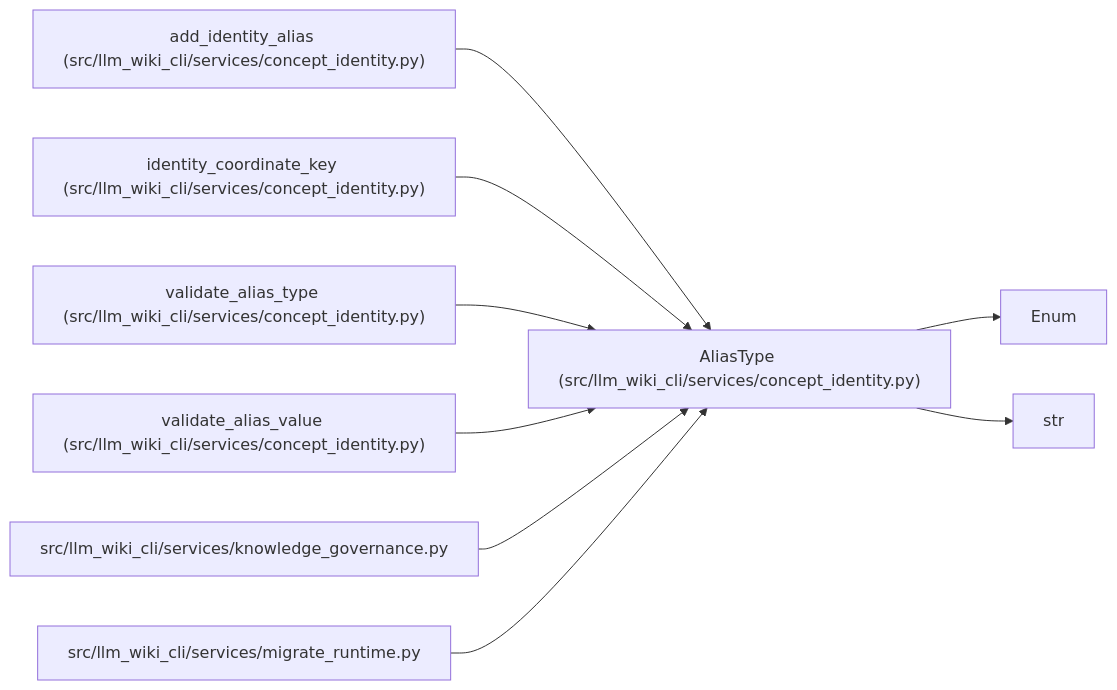
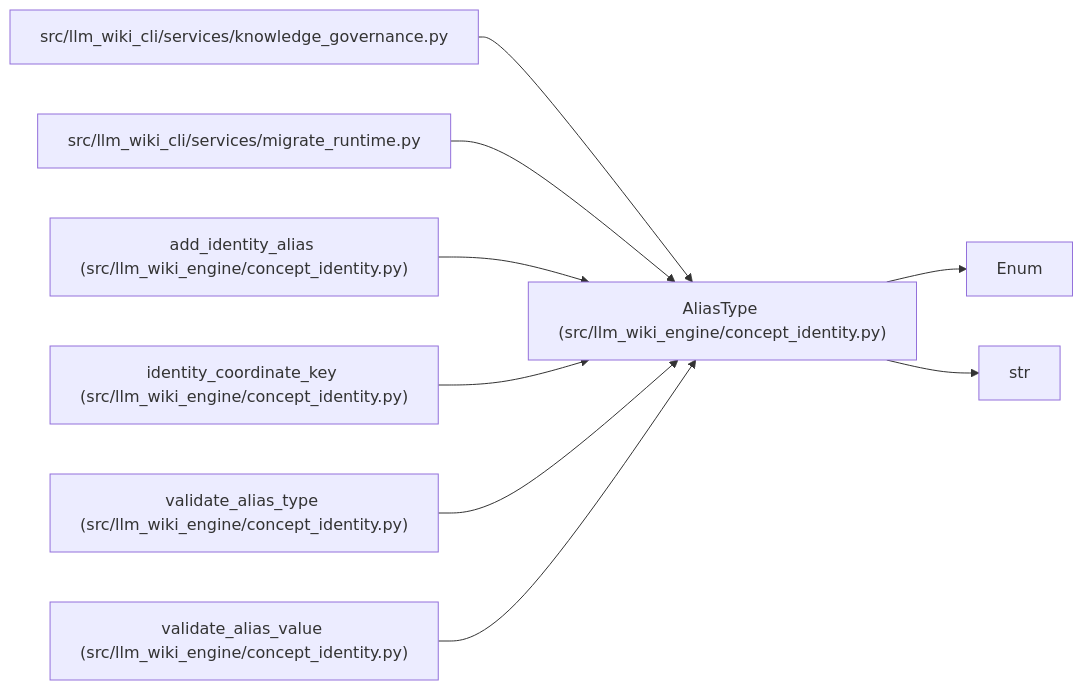
One commit to Denissvgn/python-wiki-llm changed the diagram in docs/llm_wiki/entities/AliasType.md. Above: the diagram before and after it, drawn with Mermaid. The commit also changed other lines of this file and 1103 other files, not shown here.

First line of the commit message:
docs: refresh the wiki for the llm-wiki-engine distribution

````diff
--- a/docs/llm_wiki/entities/AliasType.md
+++ b/docs/llm_wiki/entities/AliasType.md
@@ -26,27 +26,27 @@
 ```mermaid
 flowchart LR
-    n0["AliasType (src/llm_wiki_cli/services/concept_identity.py)"]
+    n0["AliasType (src/llm_wiki_engine/concept_identity.py)"]
     n1["Enum"]
     n2["str"]
-    n3["add_identity_alias (src/llm_wiki_cli/services/concept_identity.py)"]
-    n4["identity_coordinate_key (src/llm_wiki_cli/services/concept_identity.py)"]
-    n5["validate_alias_type (src/llm_wiki_cli/services/concept_identity.py)"]
-    n6["validate_alias_value (src/llm_wiki_cli/services/concept_identity.py)"]
-    n7["src/llm_wiki_cli/services/knowledge_governance.py"]
-    n8["src/llm_wiki_cli/services/migrate_runtime.py"]
+    n3["src/llm_wiki_cli/services/knowledge_governance.py"]
+    n4["src/llm_wiki_cli/services/migrate_runtime.py"]
+    n5["add_identity_alias (src/llm_wiki_engine/concept_identity.py)"]
+    n6["identity_coordinate_key (src/llm_wiki_engine/concept_identity.py)"]
+    n7["validate_alias_type (src/llm_wiki_engine/concept_identity.py)"]
+    n8["validate_alias_value (src/llm_wiki_engine/concept_identity.py)"]
     n0 --> n1
     n0 --> n2
     n3 --> n0
     n4 --> n0
     n5 --> n0
     n6 --> n0
     n7 --> n0
     n8 --> n0
     click n0 "../modules/concept_identity.md"
-    click n3 "../modules/concept_identity.md"
-    click n4 "../modules/concept_identity.md"
+    click n3 "../modules/knowledge_governance.md"
+    click n4 "../modules/migrate_runtime.md"
     click n5 "../modules/concept_identity.md"
     click n6 "../modules/concept_identity.md"
-    click n7 "../modules/knowledge_governance.md"
-    click n8 "../modules/migrate_runtime.md"
+    click n7 "../modules/concept_identity.md"
+    click n8 "../modules/concept_identity.md"
 ```
````
